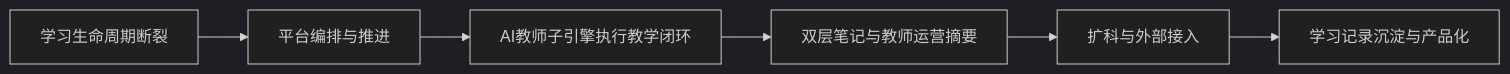
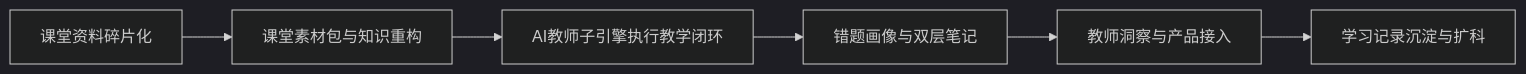
One commit to chenqsq/doc-showcase changed the first of 2 diagrams in doc/智能体文档/平台层/AI主导学习平台-产品总纲.md. Above: the diagram before and after it, drawn with Mermaid (dark theme). The commit also changed other lines of this file and 27 other files, not shown here.

````diff
--- a/doc/智能体文档/平台层/AI主导学习平台-产品总纲.md
+++ b/doc/智能体文档/平台层/AI主导学习平台-产品总纲.md
@@ -41,8 +43,8 @@
 ```mermaid
 flowchart LR
-    A[学习生命周期断裂] --> B[平台编排与推进]
+    A[课堂资料碎片化] --> B[课堂素材包与知识重构]
     B --> C[AI教师子引擎执行教学闭环]
-    C --> D[双层笔记与教师运营摘要]
-    D --> E[扩科与外部接入]
-    E --> F[学习记录沉淀与产品化]
+    C --> D[错题画像与双层笔记]
+    D --> E[教师洞察与产品接入]
+    E --> F[学习记录沉淀与扩科]
 ```
````
